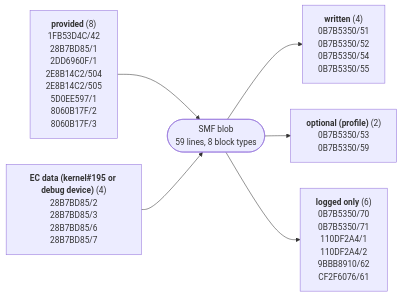
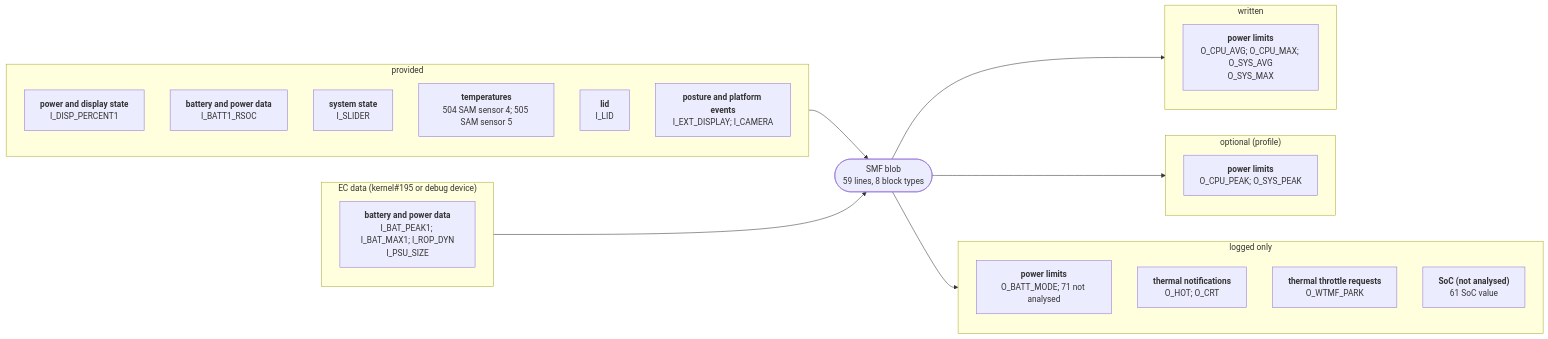
Before and after one commit to larsschellhas/linux-surface-power: the diagram in docs/devices/surface-go-3.md, drawn with Mermaid. The commit also changed other lines of this file and 31 other files, not shown here.

First line of the commit message:
Rate devices by their outputs; complete device diagrams

````diff
--- a/docs/devices/surface-go-3.md
+++ b/docs/devices/surface-go-3.md
@@ -17,9 +19,32 @@
 ```mermaid
 flowchart LR
-    I0["<b>provided</b> (8)<br/>1FB53D4C/42<br/>28B7BD85/1<br/>2DD6960F/1<br/>2E8B14C2/504<br/>2E8B14C2/505<br/>5D0EE597/1<br/>8060B17F/2<br/>8060B17F/3"] --> B
-    I1["<b>EC data (kernel#195 or debug device)</b> (4)<br/>28B7BD85/2<br/>28B7BD85/3<br/>28B7BD85/6<br/>28B7BD85/7"] --> B
+    subgraph IN0["provided"]
+        I0_1FB53D4C["<b>power and display state</b><br/>I_DISP_PERCENT1"]
+        I0_28B7BD85["<b>battery and power data</b><br/>I_BATT1_RSOC"]
+        I0_2DD6960F["<b>system state</b><br/>I_SLIDER"]
+        I0_2E8B14C2["<b>temperatures</b><br/>504 SAM sensor 4; 505 SAM sensor 5"]
+        I0_5D0EE597["<b>lid</b><br/>I_LID"]
+        I0_8060B17F["<b>posture and platform events</b><br/>I_EXT_DISPLAY; I_CAMERA"]
+    end
+    IN0 --> B
+    subgraph IN1["EC data (kernel#195 or debug device)"]
+        I1_28B7BD85["<b>battery and power data</b><br/>I_BAT_PEAK1; I_BAT_MAX1; I_ROP_DYN<br/>I_PSU_SIZE"]
+    end
+    IN1 --> B
     B(["SMF blob<br/>59 lines, 8 block types"])
-    B --> O0["<b>written</b> (4)<br/>0B7B5350/51<br/>0B7B5350/52<br/>0B7B5350/54<br/>0B7B5350/55"]
-    B --> O1["<b>optional (profile)</b> (2)<br/>0B7B5350/53<br/>0B7B5350/59"]
-    B --> O2["<b>logged only</b> (6)<br/>0B7B5350/70<br/>0B7B5350/71<br/>110DF2A4/1<br/>110DF2A4/2<br/>9BBB8910/62<br/>CF2F6076/61"]
+    subgraph OUT0["written"]
+        O0_0B7B5350["<b>power limits</b><br/>O_CPU_AVG; O_CPU_MAX; O_SYS_AVG<br/>O_SYS_MAX"]
+    end
+    B --> OUT0
+    subgraph OUT1["optional (profile)"]
+        O1_0B7B5350["<b>power limits</b><br/>O_CPU_PEAK; O_SYS_PEAK"]
+    end
+    B --> OUT1
+    subgraph OUT2["logged only"]
+        O2_0B7B5350["<b>power limits</b><br/>O_BATT_MODE; 71 not analysed"]
+        O2_110DF2A4["<b>thermal notifications</b><br/>O_HOT; O_CRT"]
+        O2_9BBB8910["<b>thermal throttle requests</b><br/>O_WTMF_PARK"]
+        O2_CF2F6076["<b>SoC (not analysed)</b><br/>61 SoC value"]
+    end
+    B --> OUT2
 ```
````
